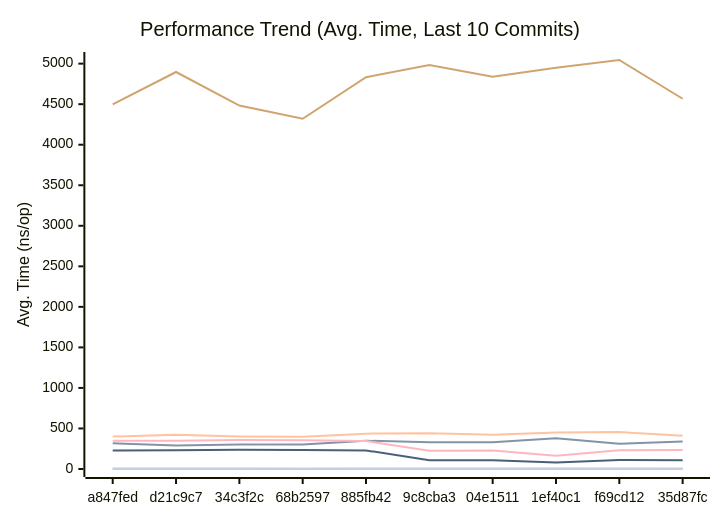
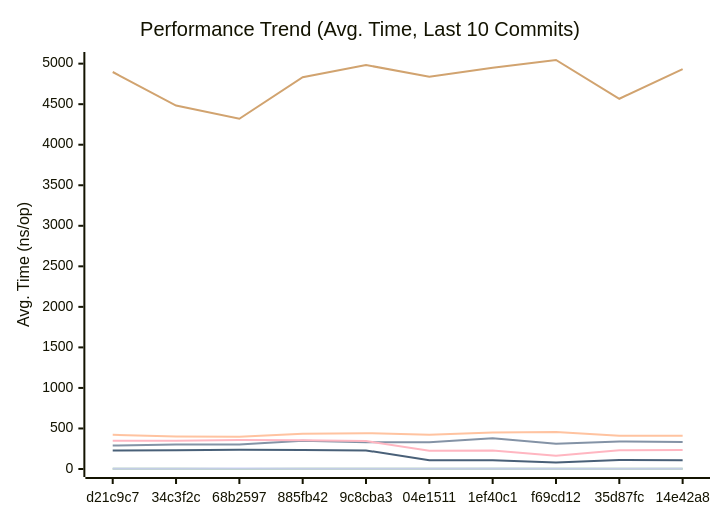
One commit to alsotoes/momo changed the first of 3 diagrams in docs/PERFORMANCE.md. Above: the diagram before and after it, drawn with Mermaid. The commit also changed other lines of this file and 5 other files, not shown here.

````diff
--- a/docs/PERFORMANCE.md
+++ b/docs/PERFORMANCE.md
@@ -80,16 +80,16 @@
 ```mermaid
 xychart-beta
     title "Performance Trend (Avg. Time, Last 10 Commits)"
     x-axis "Commit"
     y-axis "Avg. Time (ns/op)"
-    x-axis [a847fed,d21c9c7,34c3f2c,68b2597,885fb42,9c8cba3,04e1511,1ef40c1,f69cd12,35d87fc]
-    line "CheckMetricsAndSwap" [8,9,9,8,9,9,8,12,9,7]
-    line "CrushOptimized" [317,290,301,303,349,330,331,380,310,340]
-    line "CrushOriginal" [400,422,402,399,436,442,423,449,456,411]
+    x-axis [d21c9c7,34c3f2c,68b2597,885fb42,9c8cba3,04e1511,1ef40c1,f69cd12,35d87fc,14e42a8]
+    line "CheckMetricsAndSwap" [9,9,8,9,9,8,12,9,7,8]
+    line "CrushOptimized" [290,301,303,349,330,331,380,310,340,334]
+    line "CrushOriginal" [422,402,399,436,442,423,449,456,411,411]
     line "IndexDirectTracking" [0,0,0,0,0,0,0,0,0,0]
-    line "IndexSearch" [2,2,2,1,2,2,2,2,2,3]
-    line "LoadGlobalConfig" [4497,4897,4483,4320,4833,4983,4838,4948,5045,4567]
+    line "IndexSearch" [2,2,1,2,2,2,2,2,3,3]
+    line "LoadGlobalConfig" [4897,4483,4320,4833,4983,4838,4948,5045,4567,4932]
     line "PadString" [2,2,2,2,2,2,2,2,2,2]
     line "ParseReplicationOrder_NoPrealloc" [350,349,357,354,345,225,229,165,232,234]
     line "ParseReplicationOrder_Prealloc" [229,231,237,234,229,108,107,80,110,109]
 ```
````
